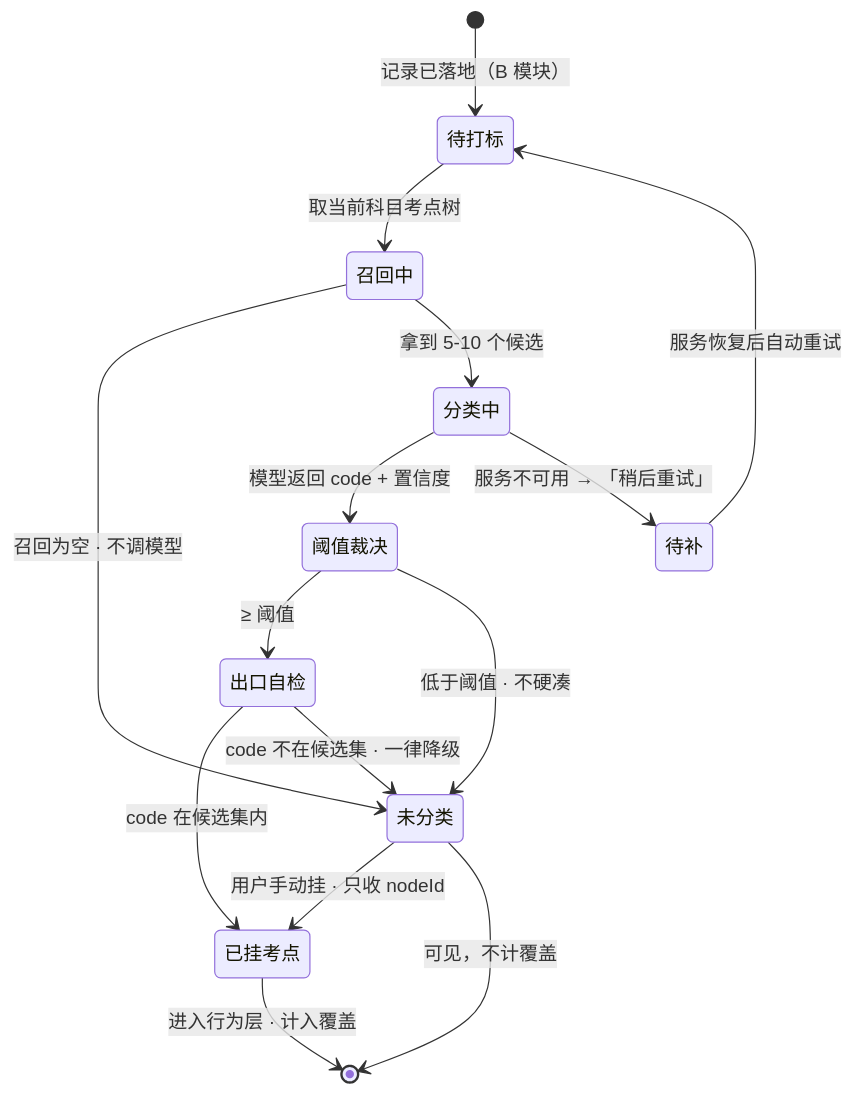
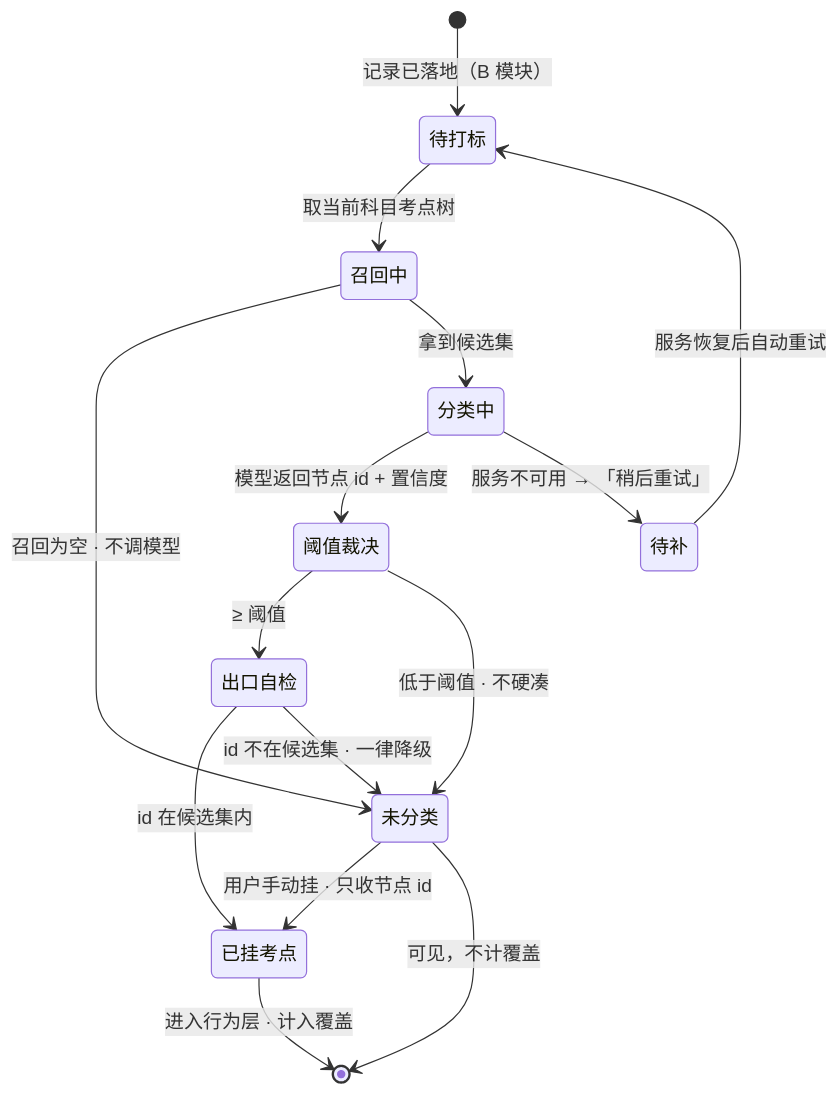
One commit to chenyuanjin/kubic changed the diagram in docs/product/25-模块C-打标层.md. Above: the diagram before and after it, drawn with Mermaid. The commit also changed other lines of this file and 20 other files, not shown here.

````diff
--- a/docs/product/25-模块C-打标层.md
+++ b/docs/product/25-模块C-打标层.md
@@ -79,23 +80,23 @@
 ```mermaid
 stateDiagram-v2
     [*] --> 待打标: 记录已落地（B 模块）
     待打标 --> 召回中: 取当前科目考点树
 
     召回中 --> 未分类: 召回为空 · 不调模型
-    召回中 --> 分类中: 拿到 5-10 个候选
+    召回中 --> 分类中: 拿到候选集
 
-    分类中 --> 阈值裁决: 模型返回 code + 置信度
+    分类中 --> 阈值裁决: 模型返回节点 id + 置信度
     分类中 --> 待补: 服务不可用 → 「稍后重试」
 
     阈值裁决 --> 出口自检: ≥ 阈值
     阈值裁决 --> 未分类: 低于阈值 · 不硬凑
 
-    出口自检 --> 已挂考点: code 在候选集内
-    出口自检 --> 未分类: code 不在候选集 · 一律降级
+    出口自检 --> 已挂考点: id 在候选集内
+    出口自检 --> 未分类: id 不在候选集 · 一律降级
 
-    未分类 --> 已挂考点: 用户手动挂 · 只收 nodeId
+    未分类 --> 已挂考点: 用户手动挂 · 只收节点 id
     待补 --> 待打标: 服务恢复后自动重试
 
     已挂考点 --> [*]: 进入行为层 · 计入覆盖
     未分类 --> [*]: 可见，不计覆盖
 ```
````
